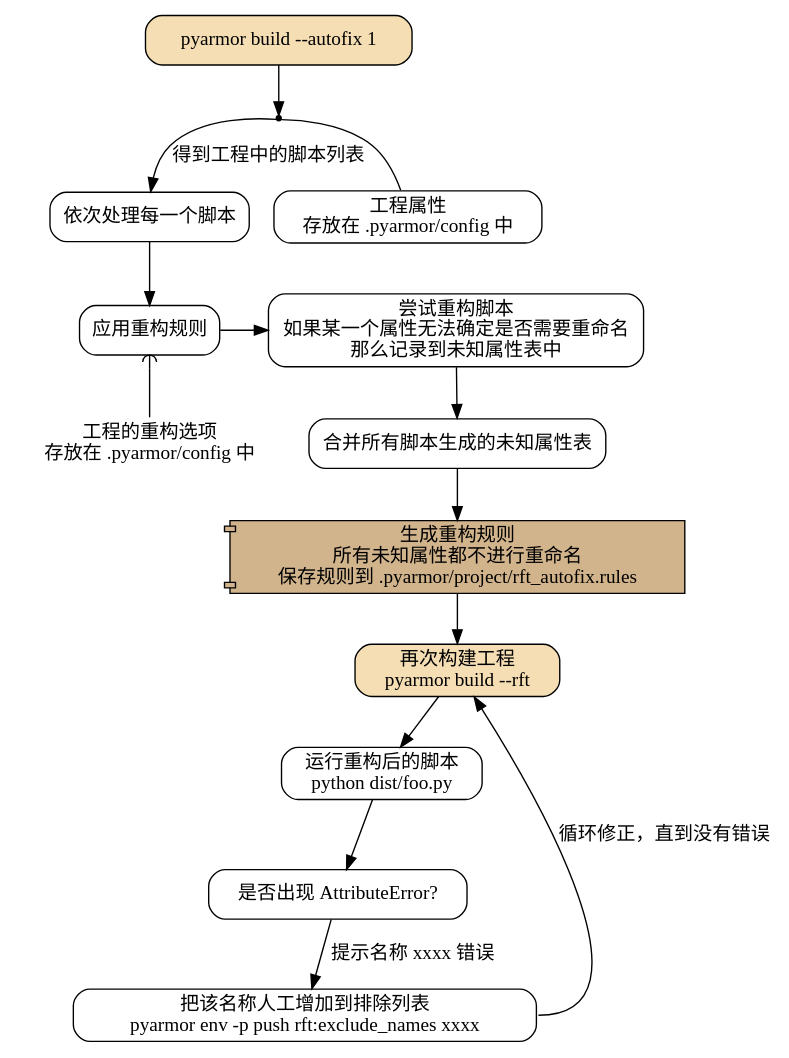
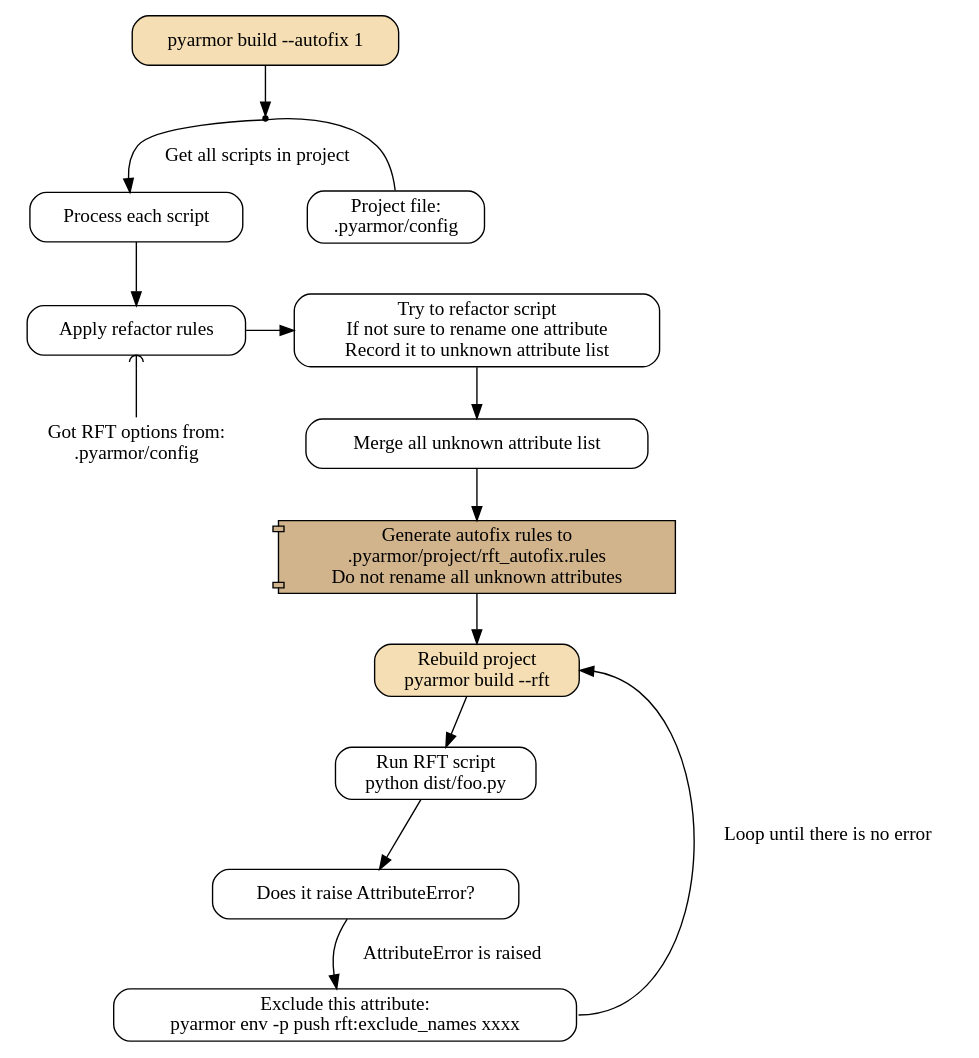
The seventh of 10 diagrams in pyarmor/learn/en/commands.rst (dashingsoft/dashingsoft.github.io), drawn with Graphviz before and after one commit. The commit also changed other lines of this file and 3 other files, not shown here.

```diff
--- a/pyarmor/learn/en/commands.rst
+++ b/pyarmor/learn/en/commands.rst
@@ -190,50 +187,50 @@
 .. graphviz::
-   :caption: 重构复杂脚本自动修正模式一
+   :caption: Refactor Complex Script Autofix Mode 1
    :align: center
    :name: g-project-rft-autofix-1
 
    digraph G {
       node [shape=box, style=rounded, target="_top"]
 
       build [label="pyarmor build --autofix 1"
              style="filled,rounded"
              fillcolor="wheat"]
       join1 [shape=point]
 
-      items [label="依次处理每一个脚本"]
+      items [label="Process each script"]
 
-      conf [label="工程属性\n存放在 .pyarmor/config 中"]
+      conf [label="Project file: \n.pyarmor/config"]
 
       rules [shape=plaintext
-             label="工程的重构选项\n存放在 .pyarmor/config 中"]
+             label="Got RFT options from:\n.pyarmor/config"]
       autofix [shape=component
                style="filled"
                fillcolor="tan"
-               label="生成重构规则\n所有未知属性都不进行重命名\n保存规则到 .pyarmor/project/rft_autofix.rules"]
+               label="Generate autofix rules to\n.pyarmor/project/rft_autofix.rules\nDo not rename all unknown attributes"]
 
-      p1 [label="应用重构规则"]
-      rft [label="尝试重构脚本\n如果某一个属性无法确定是否需要重命名\n那么记录到未知属性表中"]
+      p1 [label="Apply refactor rules"]
+      rft [label="Try to refactor script\nIf not sure to rename one attribute\nRecord it to unknown attribute list"]
 
-      loop [label="合并所有脚本生成的未知属性表"]
+      loop [label="Merge all unknown attribute list"]
 
       build -> join1
       join1 -> conf [dir=none]
-      join1 -> items [label="得到工程中的脚本列表"]
+      join1 -> items [label="Get all scripts in project"]
       items -> p1
       rank=same { p1 -> rft }
       p1 -> rules [arrowtail=curve dir=back]
 
       rft -> loop -> autofix
 
       rebuild [style="filled,rounded"
                fillcolor="wheat"
-               label="再次构建工程\npyarmor build --rft"]
-      test [label="运行重构后的脚本\npython dist/foo.py"]
-      fb [label="是否出现 AttributeError?"]
-      f2 [label="把该名称人工增加到排除列表\npyarmor env -p push rft:exclude_names xxxx"]
+               label="Rebuild project\npyarmor build --rft"]
+      test [label="Run RFT script\npython dist/foo.py"]
+      fb [label="Does it raise AttributeError?"]
+      f2 [label="Exclude this attribute:\npyarmor env -p push rft:exclude_names xxxx"]
 
       autofix -> rebuild -> test -> fb
 
-      fb -> f2 [label="提示名称 xxxx 错误"]
-      f2 -> rebuild [label="循环修正，直到没有错误" headport=3 tailport=e]
+      fb -> f2 [label="AttributeError is raised"]
+      f2 -> rebuild [label="Loop until there is no error" headport=e tailport=e]
    }
```
